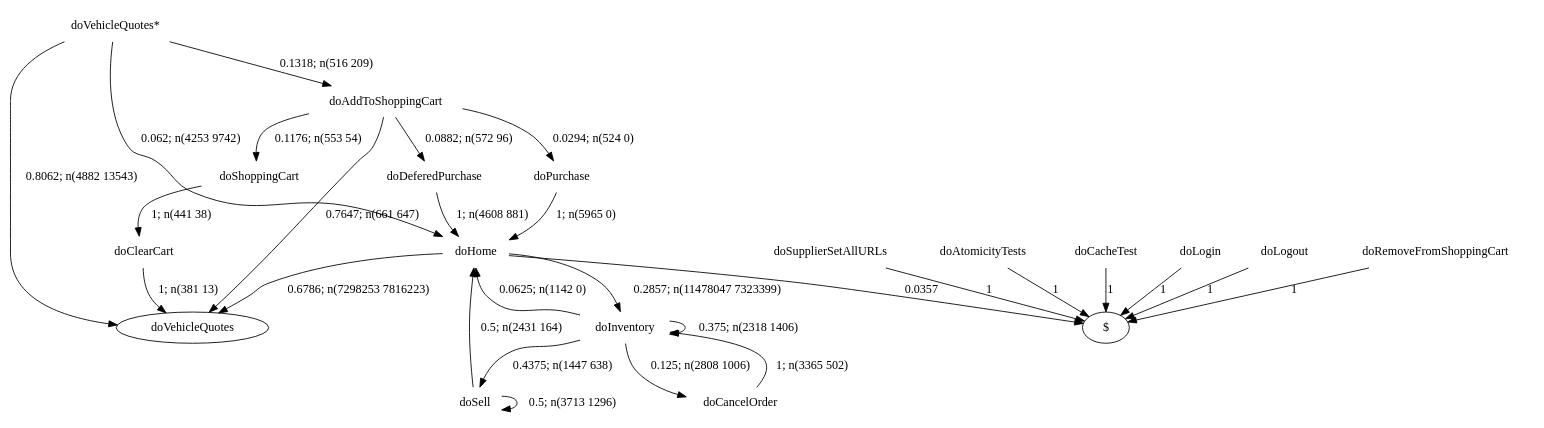
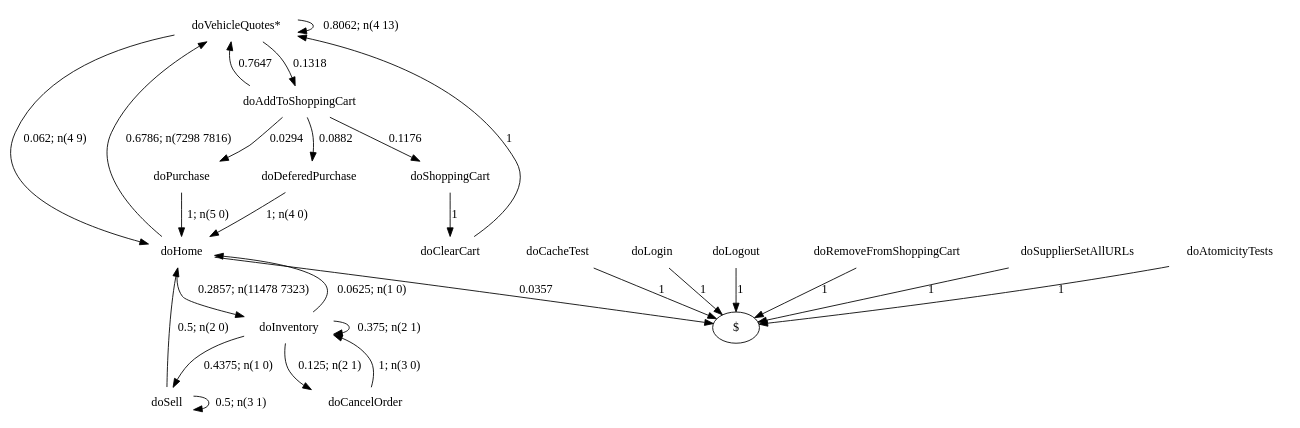
The diagram in examples/specj/output/none/graph471.dot (alperhi/wessbas.behaviorModelExtractor), drawn with Graphviz before and after one commit. The commit also changed 545 other files, not shown here.

Commit message:
fixed bug with initial states appearing twice (with and without '*') in a DOT graph; fixed time conversion from nanoseconds to milliseconds (uses TimeUnit now); updated example output and visualizations; removed input sessions with NULL-values from SPECj input folder;

```diff
--- a/examples/specj/output/none/graph471.dot
+++ b/examples/specj/output/none/graph471.dot
@@ -1,45 +1,45 @@
 digraph G {
 "doVehicleQuotes*" [label="doVehicleQuotes*",shape=none];
 "doSupplierSetAllURLs" [label="doSupplierSetAllURLs",shape=none];
 "doAtomicityTests" [label="doAtomicityTests",shape=none];
 "doCacheTest" [label="doCacheTest",shape=none];
 "doLogin" [label="doLogin",shape=none];
 "doAddToShoppingCart" [label="doAddToShoppingCart",shape=none];
 "doDeferedPurchase" [label="doDeferedPurchase",shape=none];
 "doHome" [label="doHome",shape=none];
 "doShoppingCart" [label="doShoppingCart",shape=none];
 "doClearCart" [label="doClearCart",shape=none];
 "doPurchase" [label="doPurchase",shape=none];
 "doInventory" [label="doInventory",shape=none];
 "doSell" [label="doSell",shape=none];
 "doLogout" [label="doLogout",shape=none];
 "doCancelOrder" [label="doCancelOrder",shape=none];
 "doRemoveFromShoppingCart" [label="doRemoveFromShoppingCart",shape=none];
-"doVehicleQuotes*"->"doVehicleQuotes" [style=solid,label="0.8062; n(4882 13543)"];
-"doVehicleQuotes*"->"doAddToShoppingCart" [style=solid,label="0.1318; n(516 209)"];
-"doVehicleQuotes*"->"doHome" [style=solid,label="0.062; n(4253 9742)"];
+"doVehicleQuotes*"->"doVehicleQuotes*" [style=solid,label="0.8062; n(4 13)"];
+"doVehicleQuotes*"->"doAddToShoppingCart" [style=solid,label="0.1318"];
+"doVehicleQuotes*"->"doHome" [style=solid,label="0.062; n(4 9)"];
 "doSupplierSetAllURLs"->"$" [style=solid,label="1"];
 "doAtomicityTests"->"$" [style=solid,label="1"];
 "doCacheTest"->"$" [style=solid,label="1"];
 "doLogin"->"$" [style=solid,label="1"];
-"doAddToShoppingCart"->"doVehicleQuotes" [style=solid,label="0.7647; n(661 647)"];
-"doAddToShoppingCart"->"doDeferedPurchase" [style=solid,label="0.0882; n(572 96)"];
-"doAddToShoppingCart"->"doShoppingCart" [style=solid,label="0.1176; n(553 54)"];
-"doAddToShoppingCart"->"doPurchase" [style=solid,label="0.0294; n(524 0)"];
-"doDeferedPurchase"->"doHome" [style=solid,label="1; n(4608 881)"];
-"doHome"->"doVehicleQuotes" [style=solid,label="0.6786; n(7298253 7816223)"];
-"doHome"->"doInventory" [style=solid,label="0.2857; n(11478047 7323399)"];
+"doAddToShoppingCart"->"doVehicleQuotes*" [style=solid,label="0.7647"];
+"doAddToShoppingCart"->"doDeferedPurchase" [style=solid,label="0.0882"];
+"doAddToShoppingCart"->"doShoppingCart" [style=solid,label="0.1176"];
+"doAddToShoppingCart"->"doPurchase" [style=solid,label="0.0294"];
+"doDeferedPurchase"->"doHome" [style=solid,label="1; n(4 0)"];
+"doHome"->"doVehicleQuotes*" [style=solid,label="0.6786; n(7298 7816)"];
+"doHome"->"doInventory" [style=solid,label="0.2857; n(11478 7323)"];
 "doHome"->"$" [style=solid,label="0.0357"];
-"doShoppingCart"->"doClearCart" [style=solid,label="1; n(441 38)"];
-"doClearCart"->"doVehicleQuotes" [style=solid,label="1; n(381 13)"];
-"doPurchase"->"doHome" [style=solid,label="1; n(5965 0)"];
-"doInventory"->"doHome" [style=solid,label="0.0625; n(1142 0)"];
-"doInventory"->"doInventory" [style=solid,label="0.375; n(2318 1406)"];
-"doInventory"->"doSell" [style=solid,label="0.4375; n(1447 638)"];
-"doInventory"->"doCancelOrder" [style=solid,label="0.125; n(2808 1006)"];
-"doSell"->"doHome" [style=solid,label="0.5; n(2431 164)"];
-"doSell"->"doSell" [style=solid,label="0.5; n(3713 1296)"];
+"doShoppingCart"->"doClearCart" [style=solid,label="1"];
+"doClearCart"->"doVehicleQuotes*" [style=solid,label="1"];
+"doPurchase"->"doHome" [style=solid,label="1; n(5 0)"];
+"doInventory"->"doHome" [style=solid,label="0.0625; n(1 0)"];
+"doInventory"->"doInventory" [style=solid,label="0.375; n(2 1)"];
+"doInventory"->"doSell" [style=solid,label="0.4375; n(1 0)"];
+"doInventory"->"doCancelOrder" [style=solid,label="0.125; n(2 1)"];
+"doSell"->"doHome" [style=solid,label="0.5; n(2 0)"];
+"doSell"->"doSell" [style=solid,label="0.5; n(3 1)"];
 "doLogout"->"$" [style=solid,label="1"];
-"doCancelOrder"->"doInventory" [style=solid,label="1; n(3365 502)"];
+"doCancelOrder"->"doInventory" [style=solid,label="1; n(3 0)"];
 "doRemoveFromShoppingCart"->"$" [style=solid,label="1"];
 }
```
